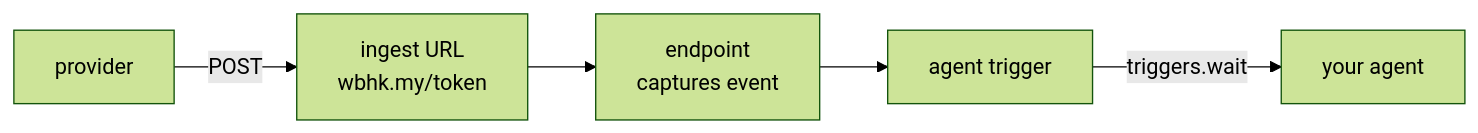
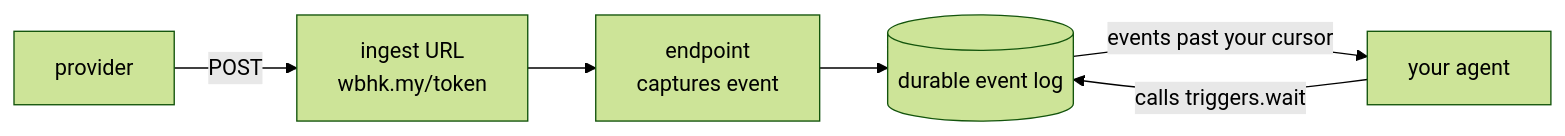
The diagram in apps/docs/mcp/wake-an-agent.mdx (webhook-co/webhook), drawn with Mermaid (forest theme) before and after one commit. The commit also changed other lines of this file and 20 other files, not shown here.

````diff
--- a/apps/docs/mcp/wake-an-agent.mdx
+++ b/apps/docs/mcp/wake-an-agent.mdx
@@ -14,7 +21,8 @@
 ```mermaid
 flowchart LR
   P[provider] -->|POST| I[ingest URL<br/>wbhk.my/token]
   I --> E[endpoint<br/>captures event]
-  E --> T[agent trigger]
-  T -->|triggers.wait| A[your agent]
+  E --> L[(durable event log)]
+  A[your agent] -->|calls triggers.wait| L
+  L -->|events past your cursor| A
 ```
````
